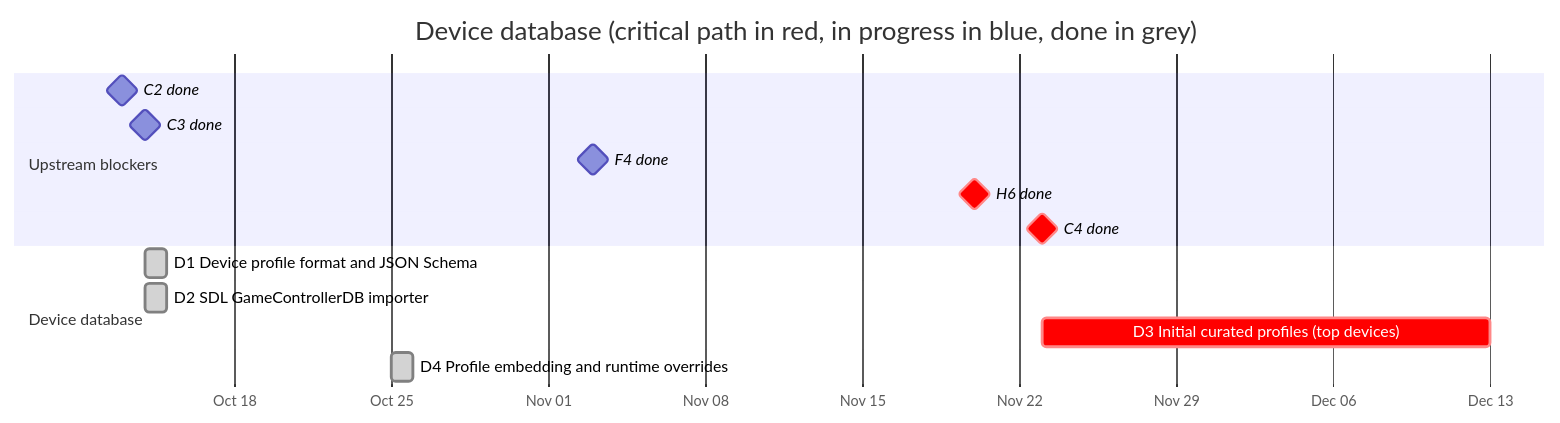
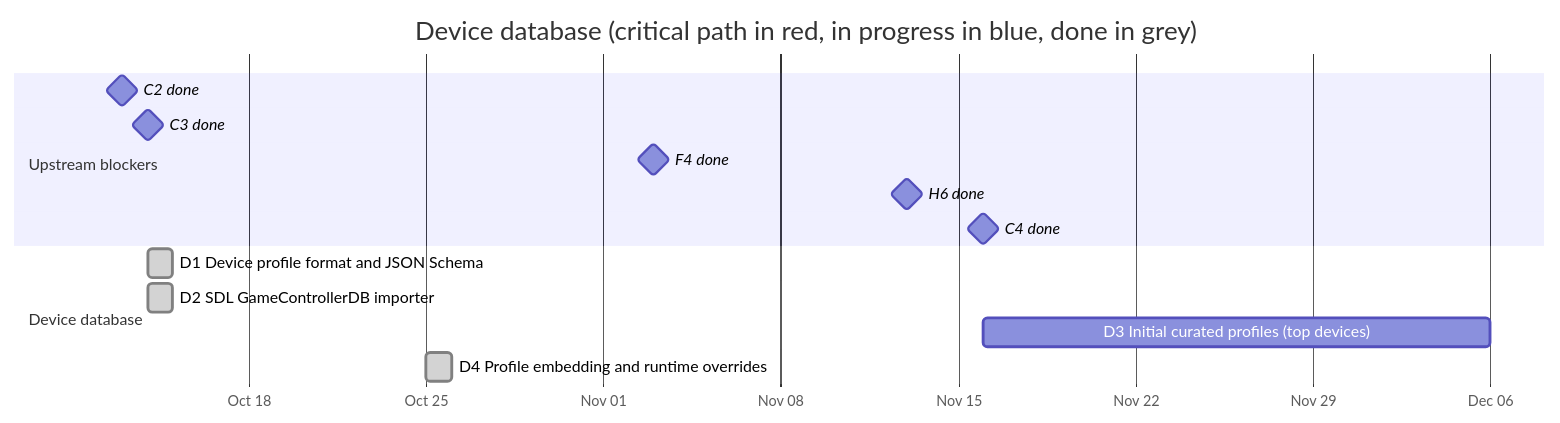
The diagram in ROADMAP/2026-10-31/02-device-database.md (anygamepad/anygamepad.github.io), drawn with Mermaid before and after one commit. The commit also changed other lines of this file and 31 other files, not shown here.

````diff
--- a/ROADMAP/2026-10-31/02-device-database.md
+++ b/ROADMAP/2026-10-31/02-device-database.md
@@ -9,17 +9,17 @@
 ```mermaid
 gantt
     dateFormat YYYY-MM-DD
     axisFormat %b %d
     title Device database (critical path in red, in progress in blue, done in grey)
     section Upstream blockers
     C2 done :milestone, c2, 2026-10-13, 0d
     C3 done :milestone, c3, 2026-10-14, 0d
     F4 done :milestone, f4, 2026-11-03, 0d
-    H6 done :milestone, crit, h6, 2026-11-20, 0d
-    C4 done :milestone, crit, c4, 2026-11-23, 0d
+    H6 done :milestone, h6, 2026-11-13, 0d
+    C4 done :milestone, c4, 2026-11-16, 0d
     section Device database
     D1 Device profile format and JSON Schema :done, d1, 2026-10-14, 1d
     D2 SDL GameControllerDB importer :done, d2, 2026-10-14, 1d
-    D3 Initial curated profiles (top devices) :crit, d3, after d1 c4 f4 h6, 20d
+    D3 Initial curated profiles (top devices) :d3, after d1 c4 f4 h6, 20d
     D4 Profile embedding and runtime overrides :done, d4, 2026-10-25, 1d
 ```
````
